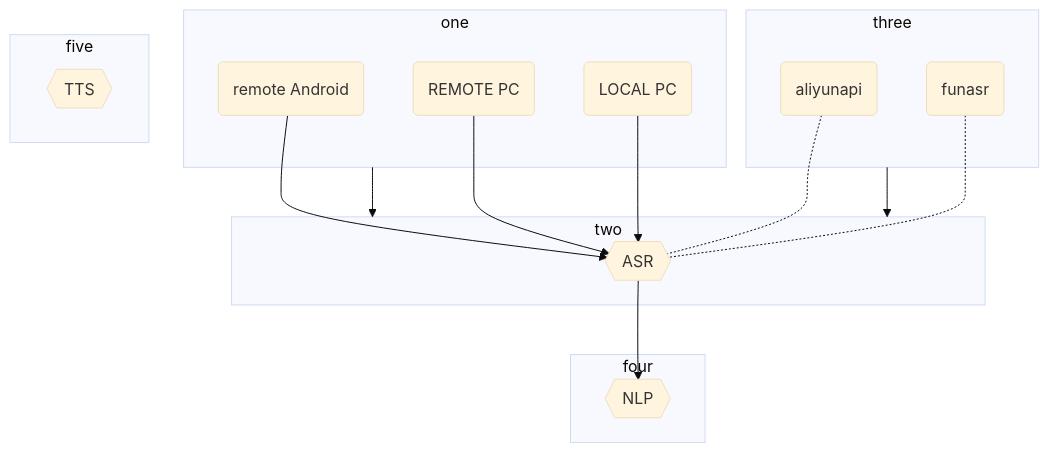
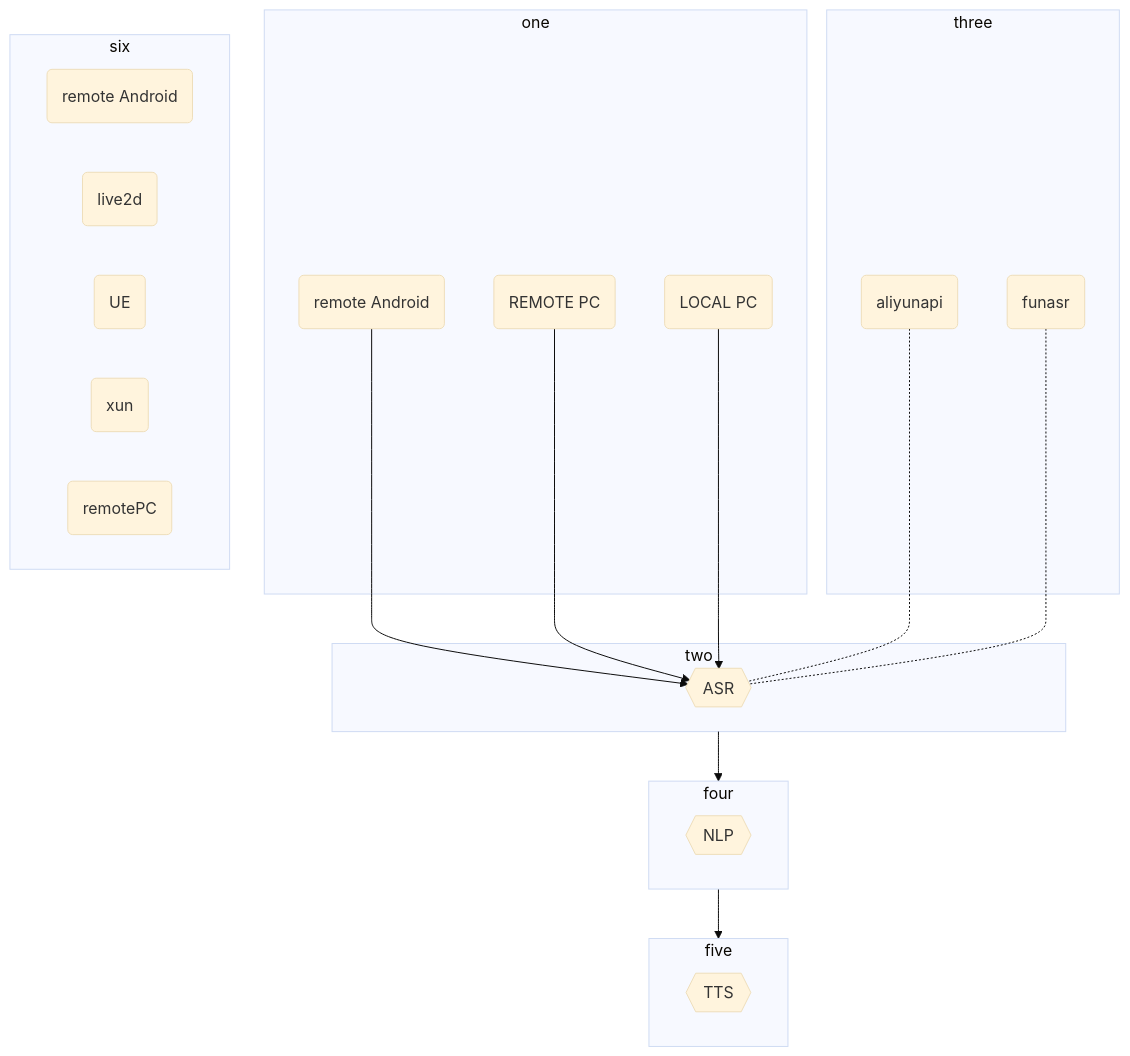
One commit to Luckyyaheen/testmd changed the diagram in README.md. Above: the diagram before and after it, drawn with Mermaid (base theme). The commit also changed other lines of this file, not shown here.

````diff
--- a/README.md
+++ b/README.md
@@ -2,42 +2,49 @@
 ```mermaid
 flowchart TB
 
     aa-->asr
     cc-->asr
     bb-->asr
 
     aliyun-.-asr
     funasr-.-asr
 
-    asr-->nlp
 
     subgraph one
     aa("remote Android")
     cc("REMOTE PC")
     bb("LOCAL PC")
     end
 
     subgraph two
     asr{{"ASR"}}
     end
 
     subgraph three
     aliyun("aliyunapi")
     funasr("funasr")  
     end
 
     subgraph four
     nlp{{"NLP"}}
     end
 
     subgraph five
     tts{{"TTS"}}
     end
 
 
-
-    one --> two
-    three --> two
+    subgraph six
+    sixa("remote Android")
+    sixb("live2d")
+    sixc("UE")
+    sixd("xun")
+    sixe("remotePC")
+    end
 
 
+    two --> four
+
+    four --> five
+
 ```
````
